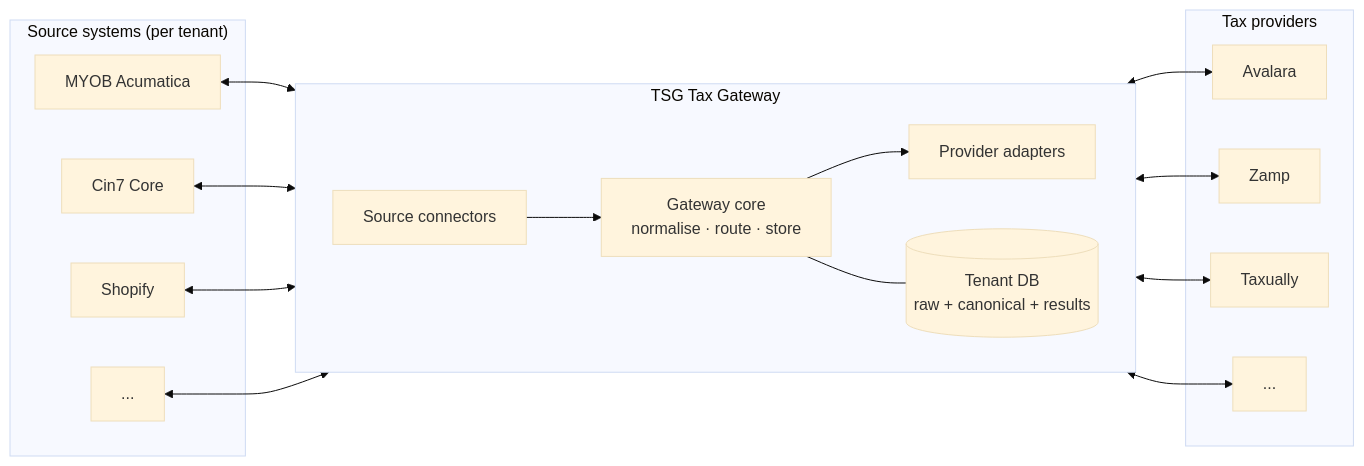
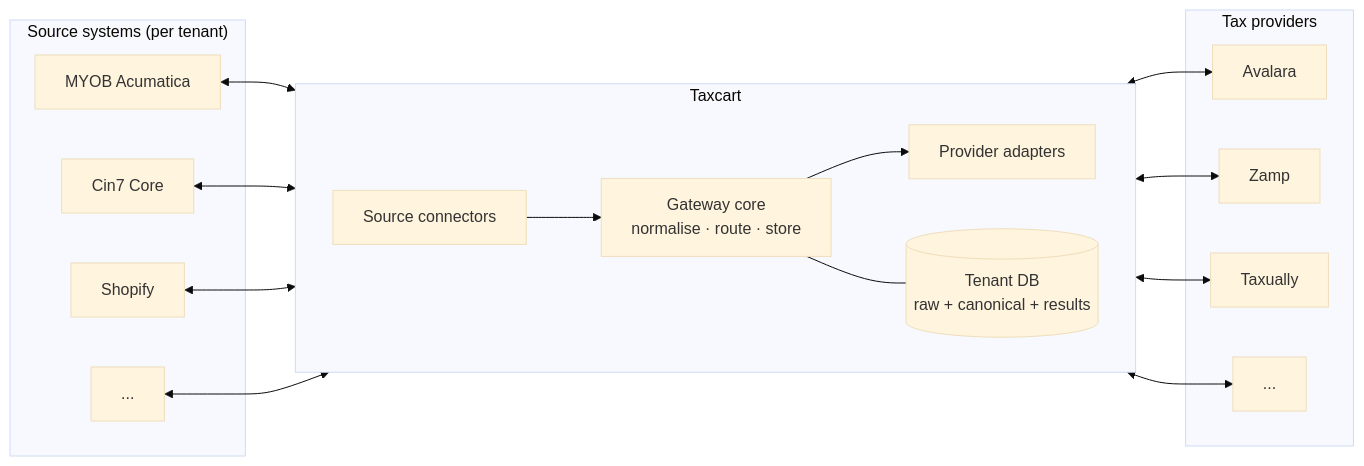
Before and after one commit to dsenthilraj2/TaxCalculator: the first of 6 diagrams in spec/01-workflow.md, drawn with Mermaid (base theme). The commit also changed other lines of this file and 11 other files, not shown here.

````diff
--- a/spec/01-workflow.md
+++ b/spec/01-workflow.md
@@ -23,26 +25,26 @@
 ```mermaid
 flowchart LR
   subgraph Sources["Source systems (per tenant)"]
     S1[MYOB Acumatica]
     S2[Cin7 Core]
     S3[Shopify]
     S4[...]
   end
 
-  subgraph GW["TSG Tax Gateway"]
+  subgraph GW["Taxcart"]
     direction LR
     SC[Source connectors] --> CORE[Gateway core<br/>normalise · route · store]
     CORE --> PA[Provider adapters]
     CORE --- DB[(Tenant DB<br/>raw + canonical + results)]
   end
 
   subgraph Providers["Tax providers"]
     P1[Avalara]
     P2[Zamp]
     P3[Taxually]
     P4[...]
   end
 
   S1 & S2 & S3 & S4 <--> SC
   PA <--> P1 & P2 & P3 & P4
 ```
````
